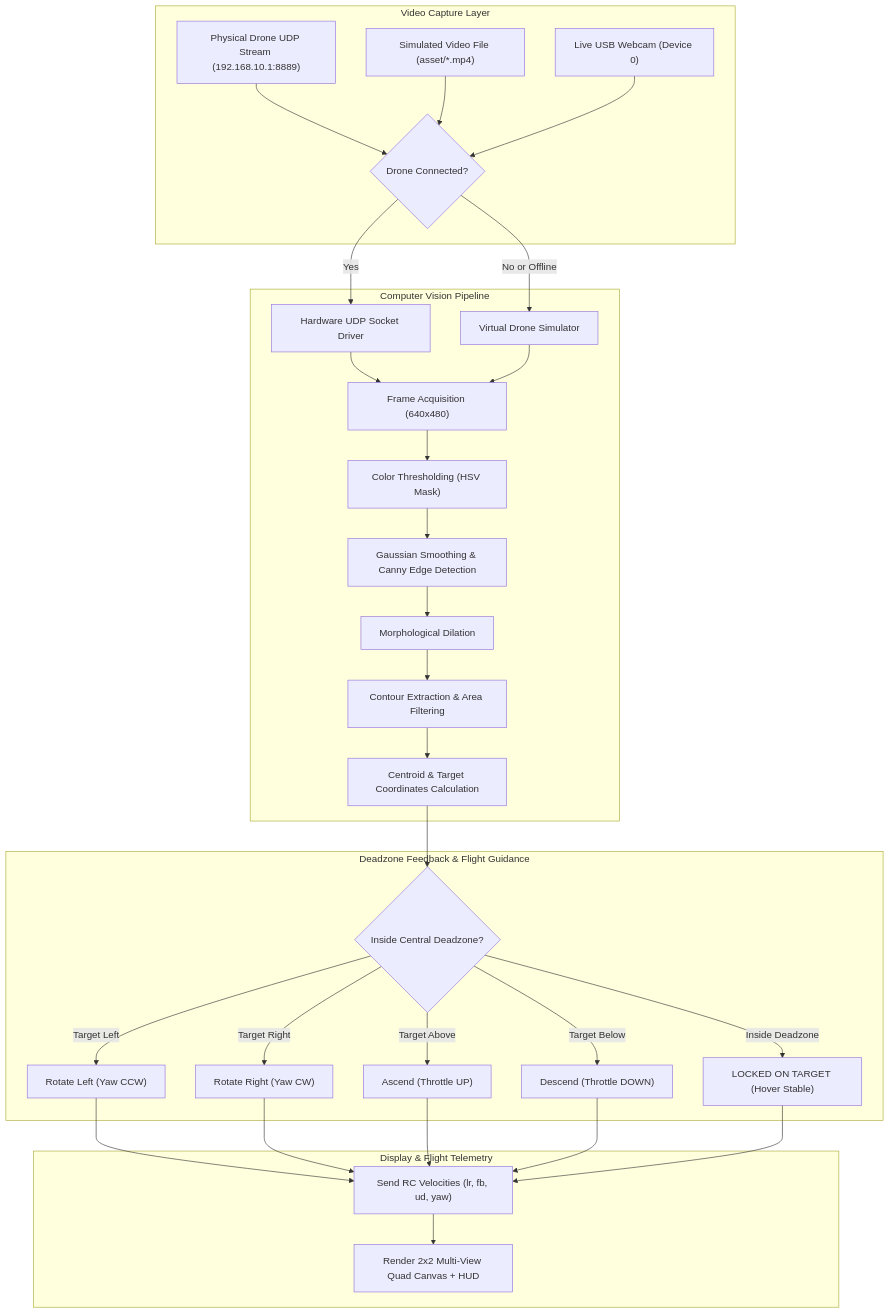
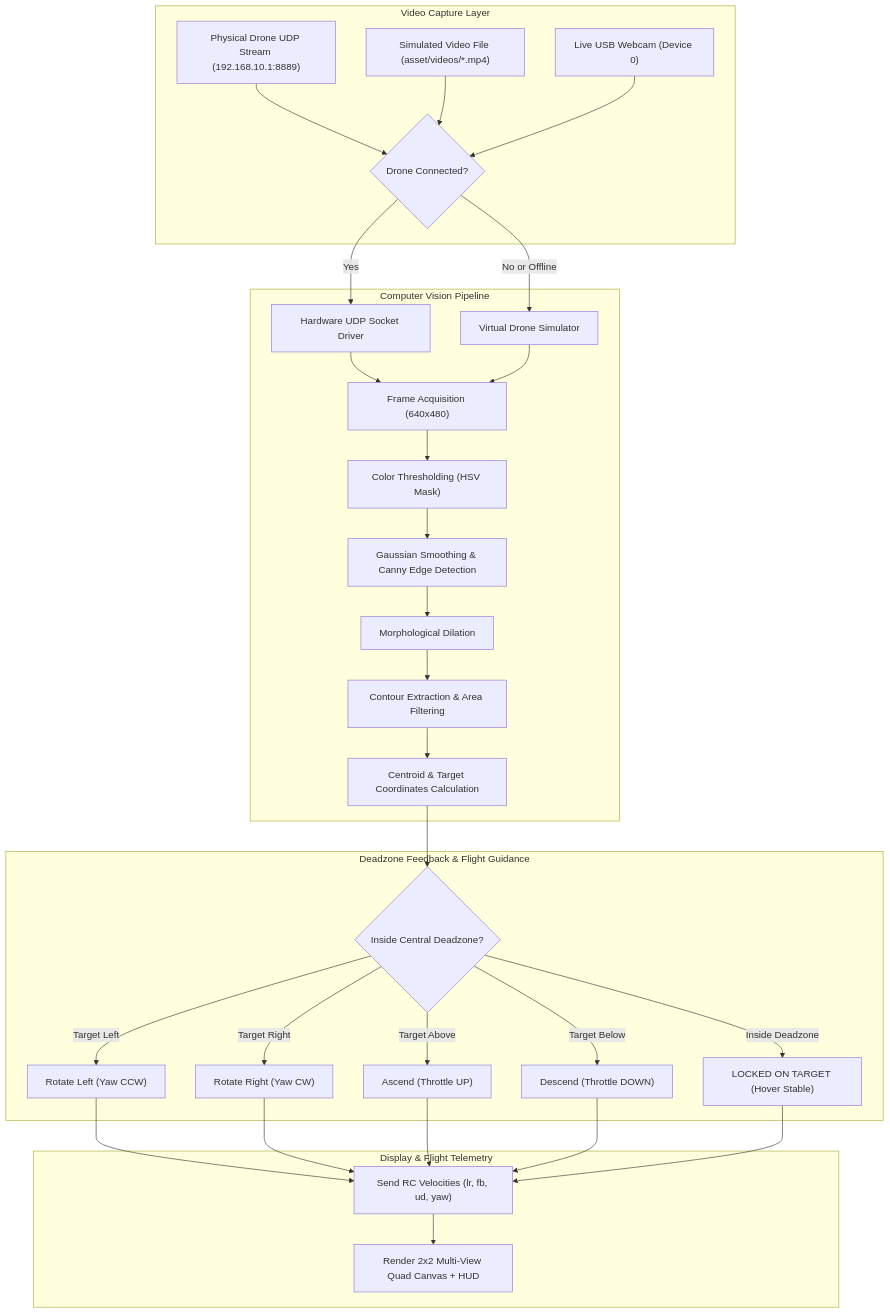
Before and after one commit to mohd-faizy/aerial-target-tracking: the diagram in README.md, drawn with Mermaid. The commit also changed other lines of this file and 10 other files, not shown here.

````diff
--- a/README.md
+++ b/README.md
@@ -94,39 +102,39 @@
 ```mermaid
 flowchart TD
     subgraph Input ["Video Capture Layer"]
         A1["Physical Drone UDP Stream (192.168.10.1:8889)"] --> B{"Drone Connected?"}
-        A2["Simulated Video File (asset/*.mp4)"] --> B
+        A2["Simulated Video File (asset/videos/*.mp4)"] --> B
         A3["Live USB Webcam (Device 0)"] --> B
     end
 
     B -->|Yes| C["Hardware UDP Socket Driver"]
     B -->|No or Offline| D["Virtual Drone Simulator"]
 
     subgraph Vision ["Computer Vision Pipeline"]
         C --> E["Frame Acquisition (640x480)"]
         D --> E
         E --> F["Color Thresholding (HSV Mask)"]
         F --> G["Gaussian Smoothing & Canny Edge Detection"]
         G --> H["Morphological Dilation"]
         H --> I["Contour Extraction & Area Filtering"]
         I --> J["Centroid & Target Coordinates Calculation"]
     end
 
     subgraph Control ["Deadzone Feedback & Flight Guidance"]
         J --> K{"Inside Central Deadzone?"}
         K -->|Target Left| L1["Rotate Left (Yaw CCW)"]
         K -->|Target Right| L2["Rotate Right (Yaw CW)"]
         K -->|Target Above| L3["Ascend (Throttle UP)"]
         K -->|Target Below| L4["Descend (Throttle DOWN)"]
         K -->|Inside Deadzone| L5["LOCKED ON TARGET (Hover Stable)"]
     end
 
     subgraph Output ["Display & Flight Telemetry"]
         L1 --> M["Send RC Velocities (lr, fb, ud, yaw)"]
         L2 --> M
         L3 --> M
         L4 --> M
         L5 --> M
         M --> N["Render 2x2 Multi-View Quad Canvas + HUD"]
     end
 ```
````
